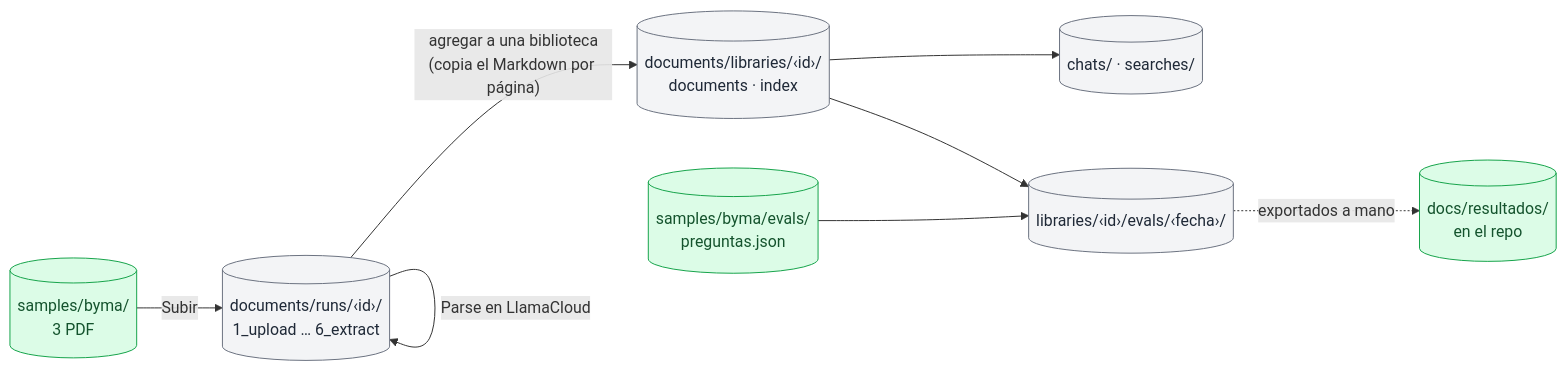
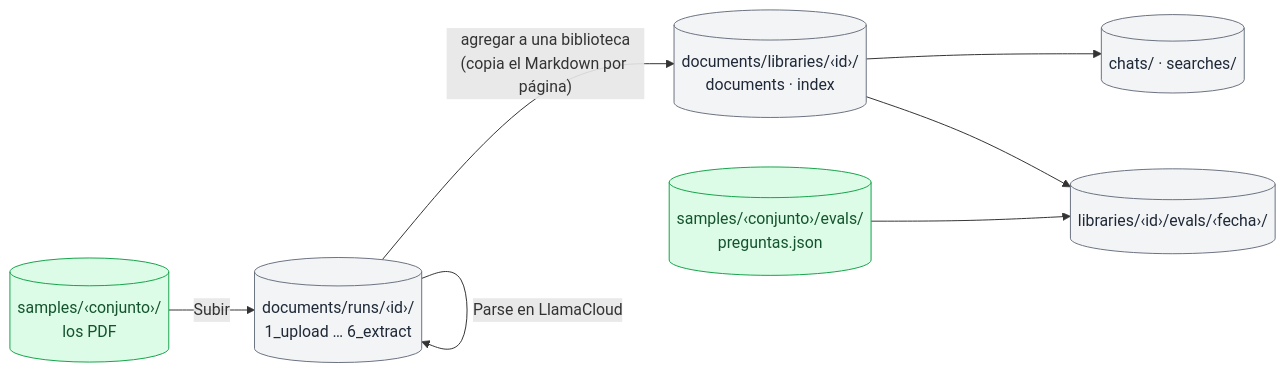
The sixth of 6 diagrams in README.md (javi2481/parla-rag), drawn with Mermaid before and after one commit. The commit also changed other lines of this file and 5 other files, not shown here.

````diff
--- a/README.md
+++ b/README.md
@@ -494,15 +372,14 @@
 ```mermaid
 flowchart LR
-    S[("samples/byma/<br/>3 PDF")] -->|"Subir"| R[("documents/runs/‹id›/<br/>1_upload … 6_extract")]
+    S[("samples/‹conjunto›/<br/>los PDF")] -->|"Subir"| R[("documents/runs/‹id›/<br/>1_upload … 6_extract")]
     R -->|"Parse en LlamaCloud"| R
     R -->|"agregar a una biblioteca<br/>(copia el Markdown por página)"| L[("documents/libraries/‹id›/<br/>documents · index")]
     L --> CH[("chats/ · searches/")]
-    Q[("samples/byma/evals/<br/>preguntas.json")] --> EV[("libraries/‹id›/evals/‹fecha›/")]
+    Q[("samples/‹conjunto›/evals/<br/>preguntas.json")] --> EV[("libraries/‹id›/evals/‹fecha›/")]
     L --> EV
-    EV -.->|"exportados a mano"| D[("docs/resultados/<br/>en el repo")]
 
     classDef repo fill:#dcfce7,stroke:#16a34a,color:#14532d
     classDef local fill:#f3f4f6,stroke:#6b7280,color:#1f2937
-    class S,Q,D repo
+    class S,Q repo
     class R,L,CH,EV local
 ```
````
